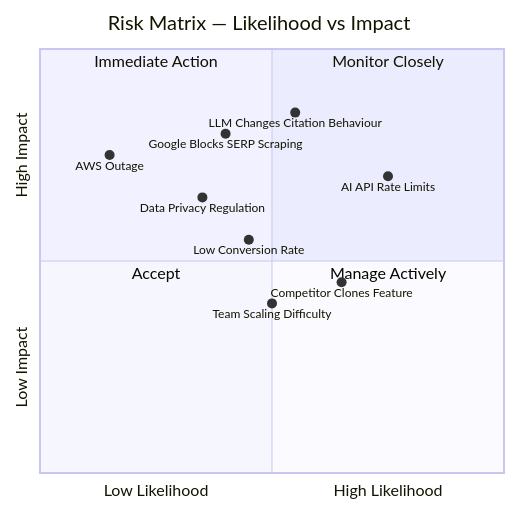
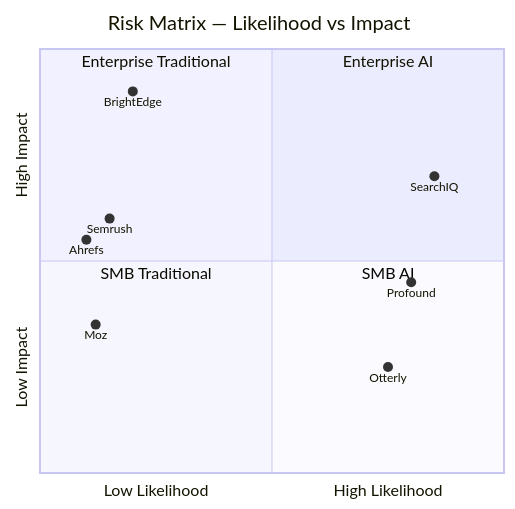
Before and after one commit to welldesignedsystem/welldesignedsystem.github.io: diagram 29 of 30 in content/english/blog/research/aeogeo.md, drawn with Mermaid. The commit also changed other lines of this file, not shown here.

Commit message:
oxford comma removal

````diff
--- a/content/english/blog/research/aeogeo.md
+++ b/content/english/blog/research/aeogeo.md
@@ -2061,18 +2061,17 @@
 ```mermaid
 quadrantChart
     title Risk Matrix — Likelihood vs Impact
     x-axis "Low Likelihood" --> "High Likelihood"
     y-axis "Low Impact" --> "High Impact"
-    quadrant-1 Monitor Closely
-    quadrant-2 Immediate Action
-    quadrant-3 Accept
-    quadrant-4 Manage Actively
-    AI API Rate Limits: [0.75, 0.70]
-    Competitor Clones Feature: [0.65, 0.45]
-    LLM Changes Citation Behaviour: [0.55, 0.85]
-    Google Blocks SERP Scraping: [0.40, 0.80]
-    Data Privacy Regulation: [0.35, 0.65]
-    Team Scaling Difficulty: [0.50, 0.40]
-    AWS Outage: [0.15, 0.75]
-    Low Conversion Rate: [0.45, 0.55]
+    quadrant-1 Enterprise AI
+    quadrant-2 Enterprise Traditional
+    quadrant-3 SMB Traditional
+    quadrant-4 SMB AI
+    Semrush: [0.15, 0.60]
+    Ahrefs: [0.10, 0.55]
+    Moz: [0.12, 0.35]
+    BrightEdge: [0.20, 0.90]
+    Profound: [0.80, 0.45]
+    Otterly: [0.75, 0.25]
+    SearchIQ: [0.85, 0.70]
 ```
````
